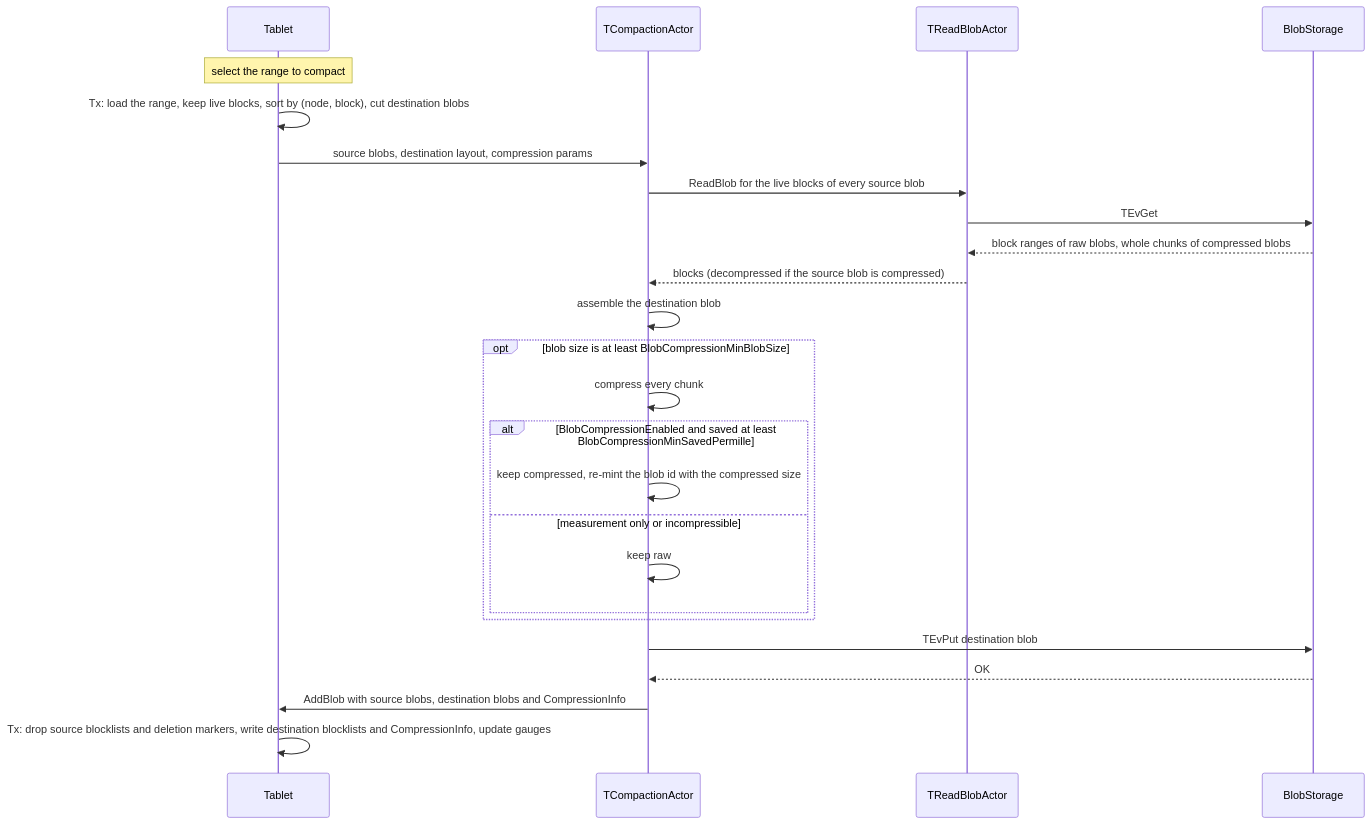
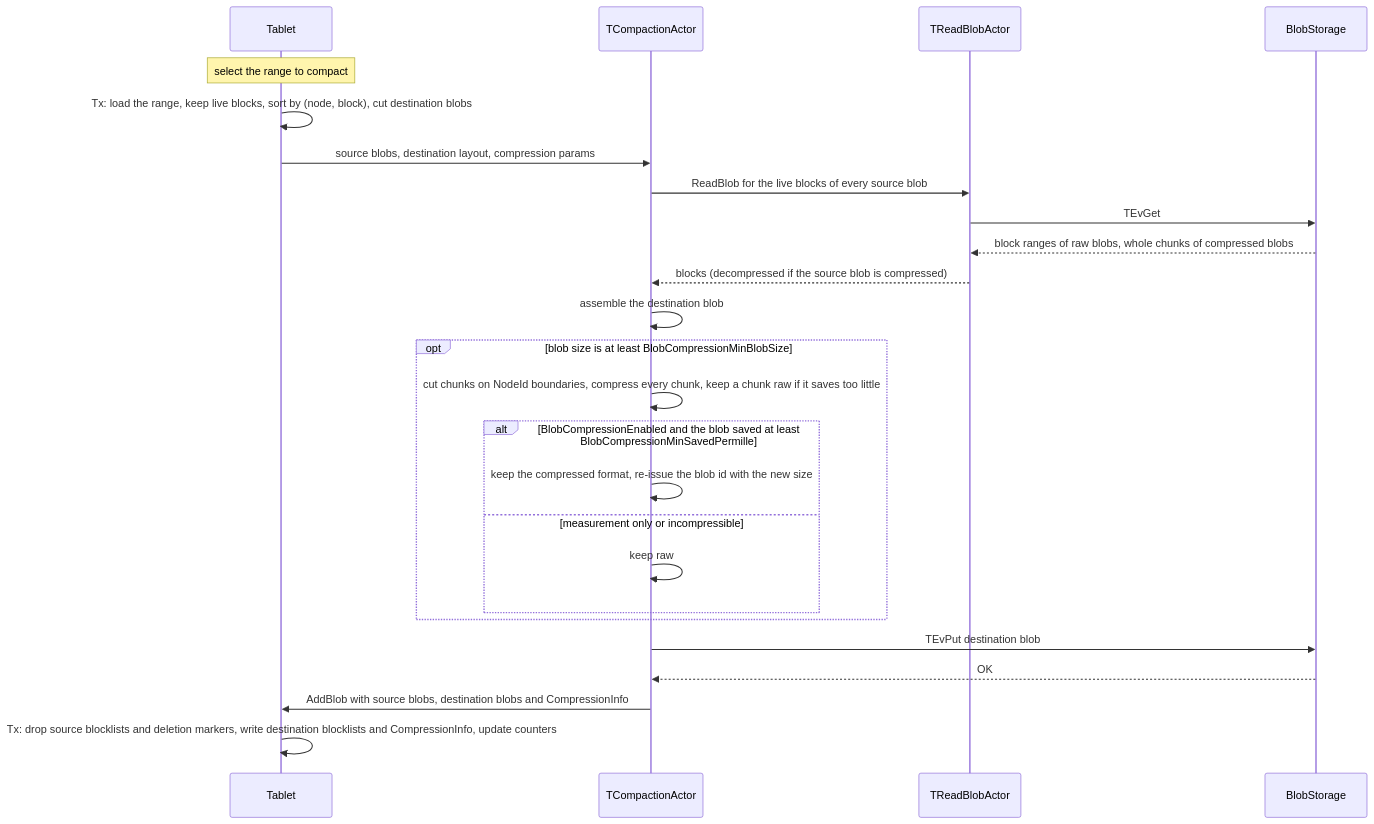
Before and after one commit to ydb-platform/nbs: the second of 3 diagrams in doc/filestore/design/storage/tablet/blob_compression.md, drawn with Mermaid. The commit also changed other lines of this file, not shown here.

````diff
--- a/doc/filestore/design/storage/tablet/blob_compression.md
+++ b/doc/filestore/design/storage/tablet/blob_compression.md
@@ -131,28 +147,28 @@
 ```mermaid
 sequenceDiagram
     participant T as Tablet
     participant C as TCompactionActor
     participant R as TReadBlobActor
     participant BS as BlobStorage
 
     Note over T: select the range to compact
     T->>T: Tx: load the range, keep live blocks, sort by (node, block), cut destination blobs
     T->>C: source blobs, destination layout, compression params
     C->>R: ReadBlob for the live blocks of every source blob
     R->>BS: TEvGet
     BS-->>R: block ranges of raw blobs, whole chunks of compressed blobs
     R-->>C: blocks (decompressed if the source blob is compressed)
     C->>C: assemble the destination blob
     opt blob size is at least BlobCompressionMinBlobSize
-        C->>C: compress every chunk
-        alt BlobCompressionEnabled and saved at least BlobCompressionMinSavedPermille
-            C->>C: keep compressed, re-mint the blob id with the compressed size
+        C->>C: cut chunks on NodeId boundaries, compress every chunk, keep a chunk raw if it saves too little
+        alt BlobCompressionEnabled and the blob saved at least BlobCompressionMinSavedPermille
+            C->>C: keep the compressed format, re-issue the blob id with the new size
         else measurement only or incompressible
             C->>C: keep raw
         end
     end
     C->>BS: TEvPut destination blob
     BS-->>C: OK
     C->>T: AddBlob with source blobs, destination blobs and CompressionInfo
-    T->>T: Tx: drop source blocklists and deletion markers, write destination blocklists and CompressionInfo, update gauges
+    T->>T: Tx: drop source blocklists and deletion markers, write destination blocklists and CompressionInfo, update counters
 ```
````
